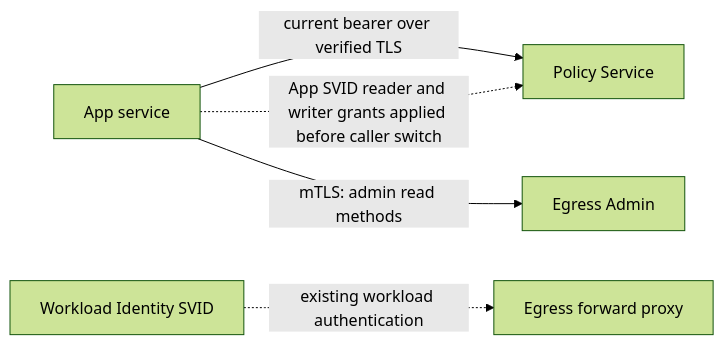
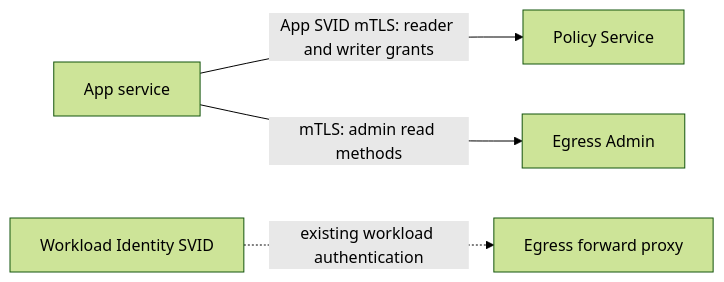
Diagram 15 of 18 in agentplane/docs/system_overview.md (agentydragon/ducktape), drawn with Mermaid (forest theme) before and after one commit. The commit also changed other lines of this file and 4 other files, not shown here.

Commit message:
Use the App SVID for PolicyService calls

````diff
--- a/agentplane/docs/system_overview.md
+++ b/agentplane/docs/system_overview.md
@@ -776,7 +776,6 @@
 ```mermaid
 flowchart LR
-    app[App service] -->|current bearer over verified TLS| policy[Policy Service]
-    app -.->|App SVID reader and writer grants applied before caller switch| policy
+    app[App service] -->|App SVID mTLS: reader and writer grants| policy[Policy Service]
     app -->|mTLS: admin read methods| admin[Egress Admin]
     workload[Workload Identity SVID] -.->|existing workload authentication| proxy[Egress forward proxy]
 ```
````
